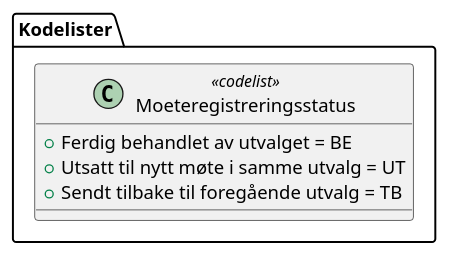
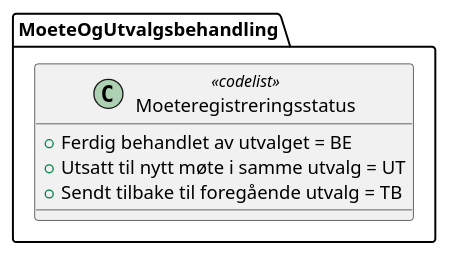
The diagram in kapitler/media/uml-codelist-moeteregistreringsstatus.iuml (arkivverket/noark5-tjenestegrensesnitt-standard), drawn with PlantUML before and after one commit. The commit also changed 21 other files, not shown here.

```diff
--- a/kapitler/media/uml-codelist-moeteregistreringsstatus.iuml
+++ b/kapitler/media/uml-codelist-moeteregistreringsstatus.iuml
@@ -1,7 +1,7 @@
 @startuml
-class Kodelister.Moeteregistreringsstatus <<codelist>> {
+class MoeteOgUtvalgsbehandling.Moeteregistreringsstatus <<codelist>> {
   +Ferdig behandlet av utvalget = BE
   +Utsatt til nytt møte i samme utvalg = UT
   +Sendt tilbake til foregående utvalg = TB
 }
 @enduml
```
